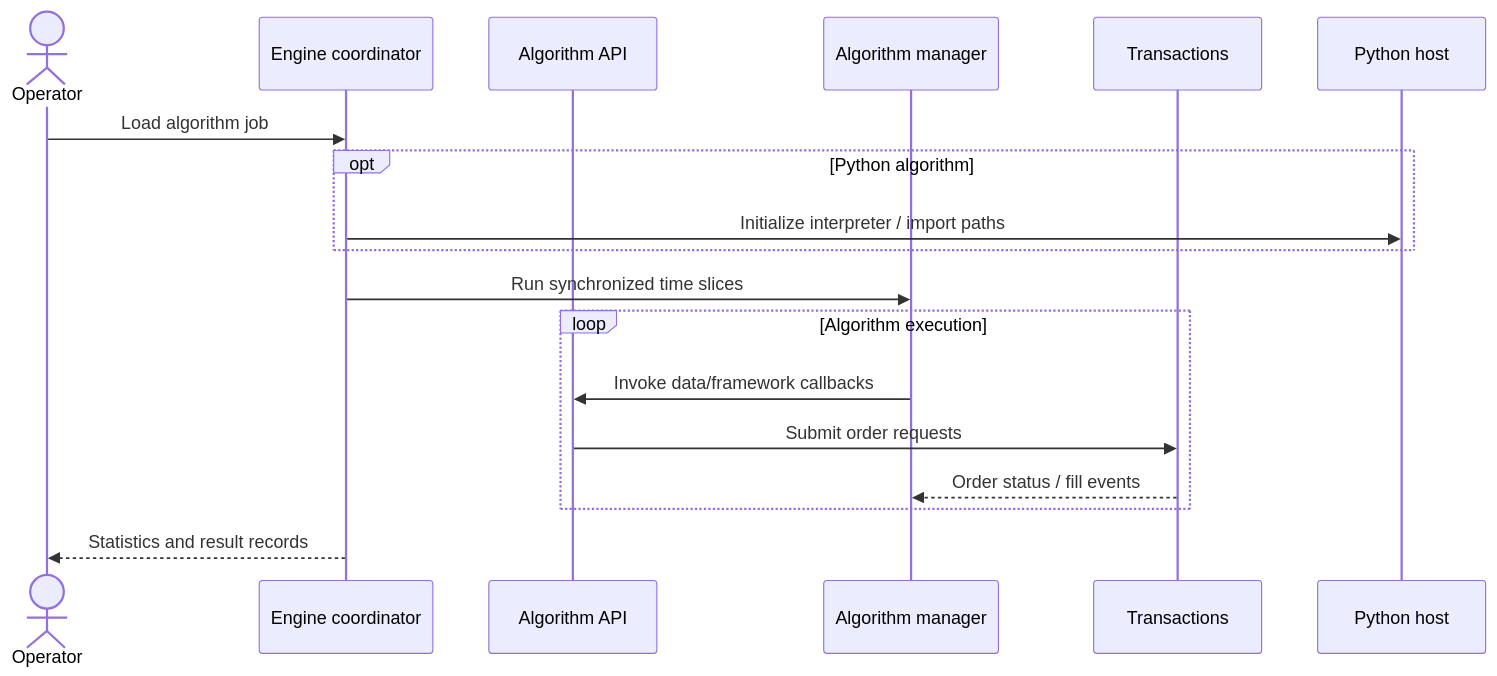
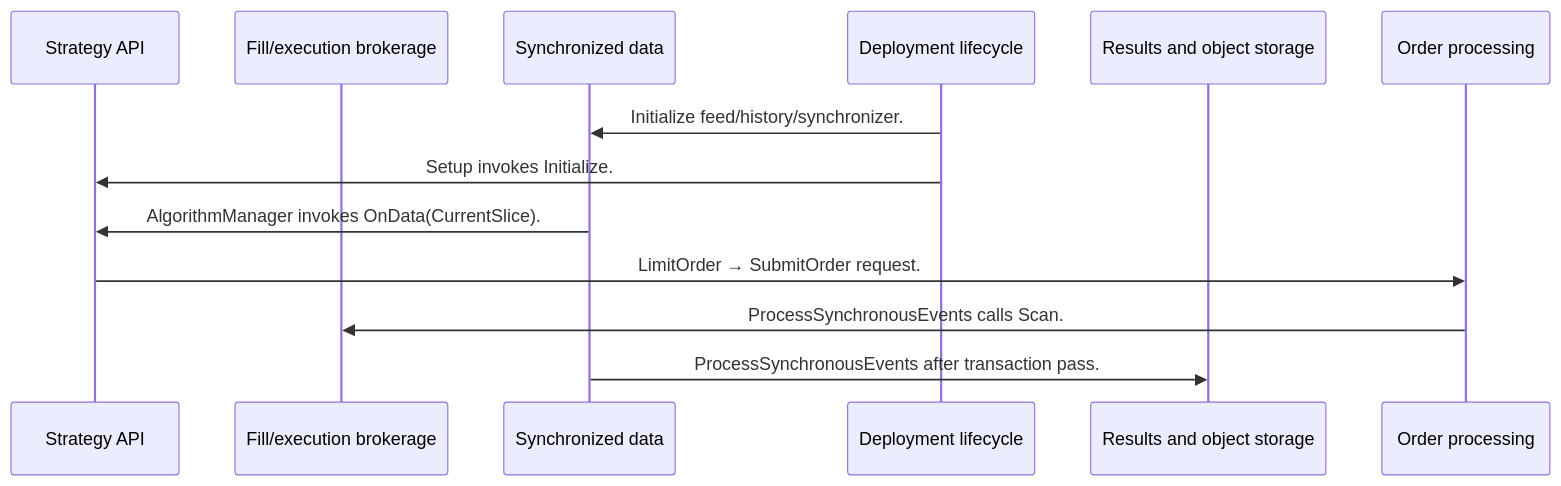
The fourth of 4 diagrams in docs/ayu-develop.md (alexcwyu/Lean), drawn with Mermaid before and after one commit. The commit also changed other lines of this file and 13 other files, not shown here.

Commit message:
docs: standardize source-reviewed system guides and offline diagrams

````diff
--- a/docs/ayu-develop.md
+++ b/docs/ayu-develop.md
@@ -112,20 +209,15 @@
 ```mermaid
 sequenceDiagram
-  actor Operator
-  participant P0 as Engine coordinator
-  participant P1 as Algorithm API
-  participant P2 as Algorithm manager
-  participant P3 as Transactions
-  participant P4 as Python host
-  Operator->>P0: Load algorithm job
-  opt Python algorithm
-  P0->>P4: Initialize interpreter / import paths
-  end
-  P0->>P2: Run synchronized time slices
-  loop Algorithm execution
-  P2->>P1: Invoke data/framework callbacks
-  P1->>P3: Submit order requests
-  P3-->>P2: Order status / fill events
-  end
-  P0-->>Operator: Statistics and result records
+  participant N0 as Strategy API
+  participant N1 as Fill/execution brokerage
+  participant N2 as Synchronized data
+  participant N3 as Deployment lifecycle
+  participant N4 as Results and object storage
+  participant N5 as Order processing
+  N3->>N2: Initialize feed/history/synchronizer.
+  N3->>N0: Setup invokes Initialize.
+  N2->>N0: AlgorithmManager invokes OnData(CurrentSlice).
+  N0->>N5: LimitOrder → SubmitOrder request.
+  N5->>N1: ProcessSynchronousEvents calls Scan.
+  N2->>N4: ProcessSynchronousEvents after transaction pass.
 ```
````
